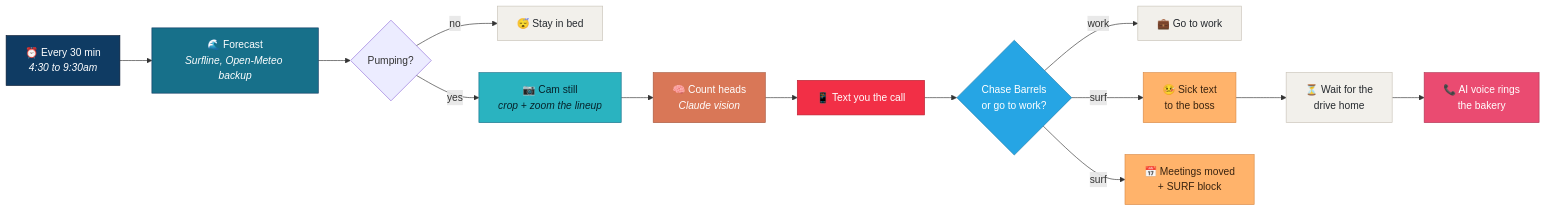
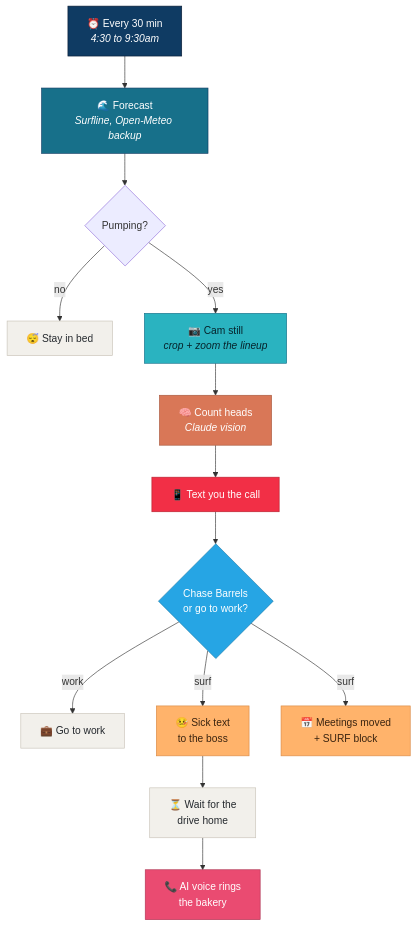
One commit to aaronparton2-sketch/kook changed the diagram in README.md. Above: the diagram before and after it, drawn with Mermaid.

Commit message:
Update Kook
Claude-Session: https://claude.ai/code/session_01UQZ8MSADhFdDibcpVwZTB9

````diff
--- a/README.md
+++ b/README.md
@@ -40,28 +40,28 @@
 ```mermaid
-flowchart LR
+flowchart TD
     T["⏰ Every 30 min<br/><i>4:30 to 9:30am</i>"] --> F["🌊 Forecast<br/><i>Surfline, Open-Meteo backup</i>"]
     F --> P{"Pumping?"}
     P -->|no| Z["😴 Stay in bed"]
     P -->|yes| C["📷 Cam still<br/><i>crop + zoom the lineup</i>"]
     C --> H["🧠 Count heads<br/><i>Claude vision</i>"]
     H --> S["📱 Text you the call"]
     S --> Q{"Chase Barrels<br/>or go to work?"}
     Q -->|work| W["💼 Go to work"]
     Q -->|surf| K["🤒 Sick text<br/>to the boss"]
     Q -->|surf| M["📅 Meetings moved<br/>+ SURF block"]
     K --> D["⏳ Wait for the<br/>drive home"]
     D --> B["📞 AI voice rings<br/>the bakery"]
 
     style T fill:#0F3B63,stroke:#081A33,color:#fff
     style F fill:#17708A,stroke:#0F3B63,color:#fff
     style C fill:#2AB3C0,stroke:#17708A,color:#06232b
     style H fill:#D97757,stroke:#a8583e,color:#fff
     style S fill:#F22F46,stroke:#b8202f,color:#fff
     style Q fill:#26A5E4,stroke:#1b7bab,color:#fff
     style K fill:#FFB36B,stroke:#d98a45,color:#3a2410
     style M fill:#FFB36B,stroke:#d98a45,color:#3a2410
     style D fill:#f2f0eb,stroke:#c9c3b8,color:#25292e
     style B fill:#EA4B71,stroke:#b03554,color:#fff
     style Z fill:#f2f0eb,stroke:#c9c3b8,color:#25292e
     style W fill:#f2f0eb,stroke:#c9c3b8,color:#25292e
 ```
````
